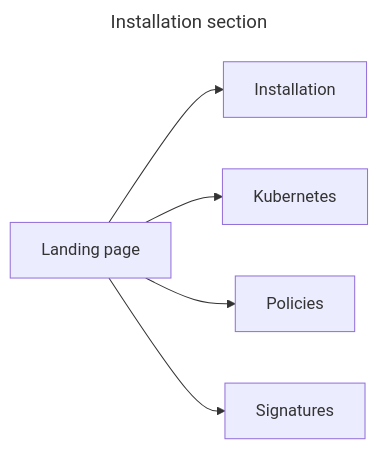
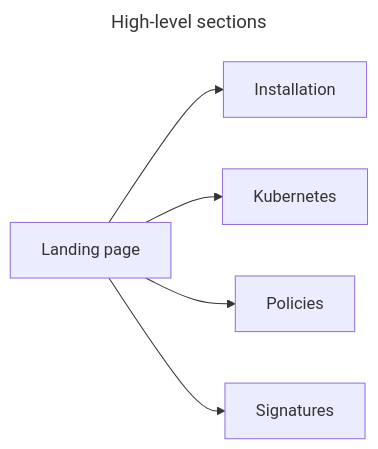
Before and after one commit to nginx/documentation: the sixth of 6 diagrams in documentation/proposals/DOP-001.md, drawn with Mermaid. The commit also changed other lines of this file, not shown here.

````diff
--- a/documentation/proposals/DOP-001.md
+++ b/documentation/proposals/DOP-001.md
@@ -330,20 +417,20 @@
 ```mermaid
 ---
-title: Installation section
+title: High-level sections
 ---
 flowchart LR
 
     lp[Landing page]
     is[Installation]
     ks[Kubernetes]
     ps[Policies]
     ss[Signatures]
 
 
     lp --> is
     lp --> ks
     lp --> ps
     lp --> ss
 
  
 ```
````
